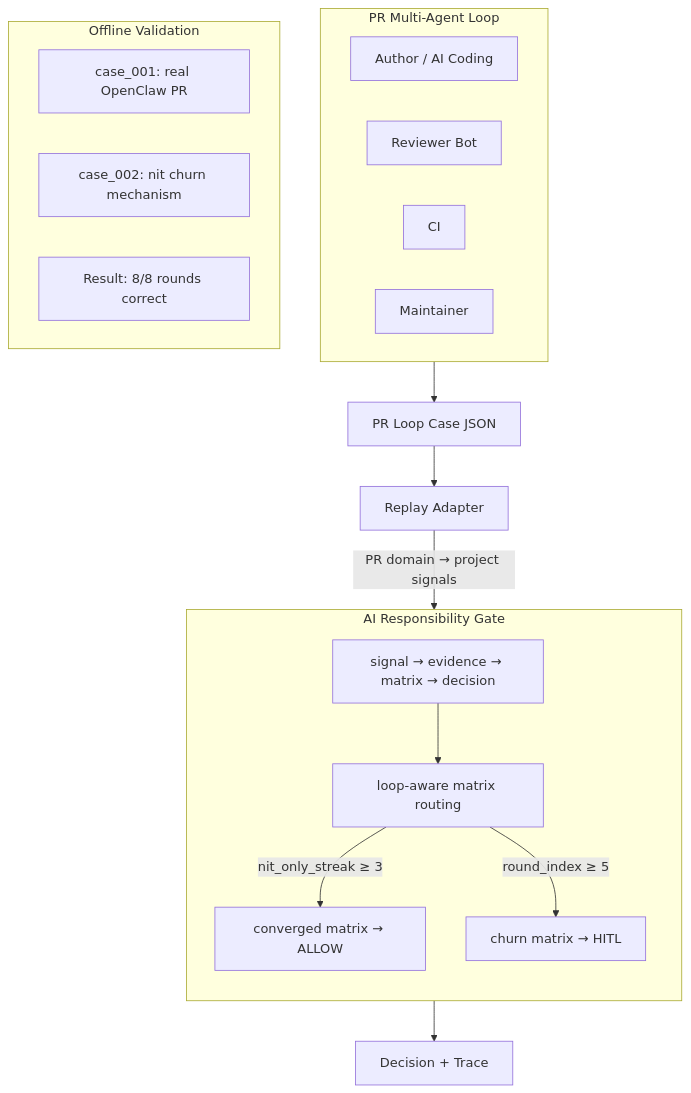
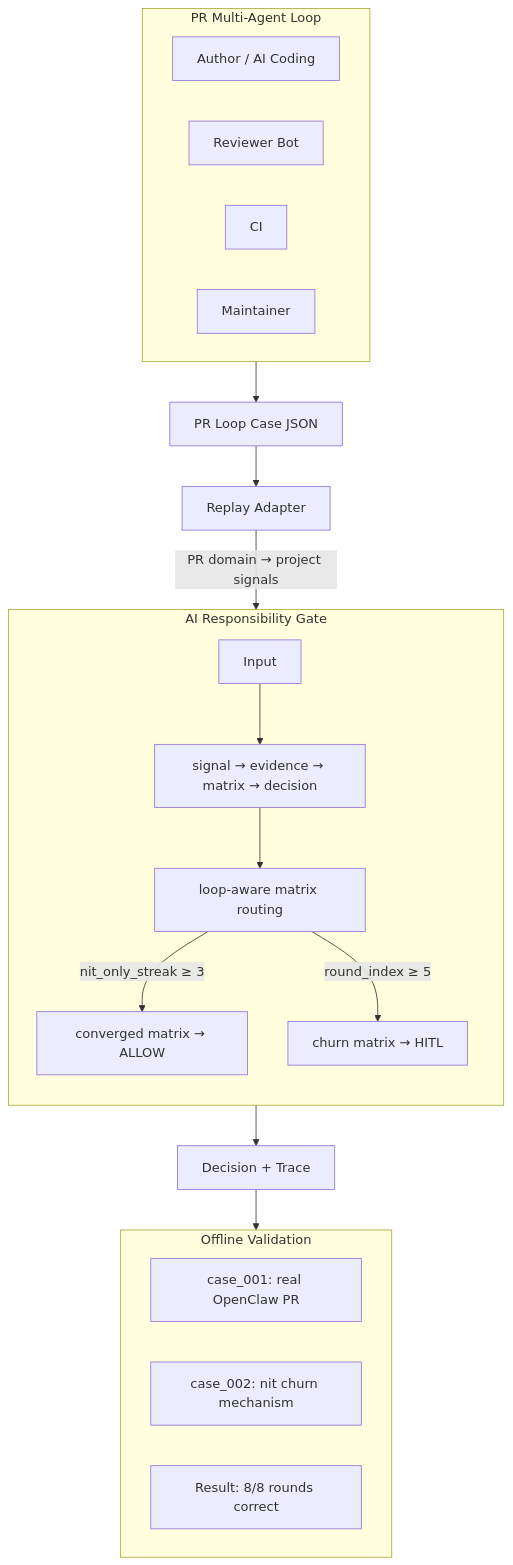
Before and after one commit to zhangzhefang-github/ai-responsibility-gate: the first of 2 diagrams in docs/PR_LOOP_REPLAY_BRIEFING.md, drawn with Mermaid. The commit also changed other lines of this file, not shown here.

First line of the commit message:
docs: refine briefing diagram structure and add clarifications

````diff
--- a/docs/PR_LOOP_REPLAY_BRIEFING.md
+++ b/docs/PR_LOOP_REPLAY_BRIEFING.md
@@ -11,30 +11,32 @@
 ```mermaid
 flowchart TB
     subgraph Sources [PR Multi-Agent Loop]
         Author[Author / AI Coding]
         Reviewer[Reviewer Bot]
         CI[CI]
         Maintainer[Maintainer]
     end
 
     Sources --> CaseJSON[PR Loop Case JSON]
     CaseJSON --> Adapter[Replay Adapter]
-    Adapter -->|"PR domain → project signals"| Pipeline
+    Adapter -->|"PR domain → project signals"| GateInput
 
     subgraph Gate [AI Responsibility Gate]
         direction TB
+        GateInput[Input]
         Pipeline["signal → evidence → matrix → decision"]
         Routing["loop-aware matrix routing"]
-        Pipeline --> Routing
+        GateInput --> Pipeline --> Routing
         Routing -->|"nit_only_streak ≥ 3"| Conv["converged matrix → ALLOW"]
         Routing -->|"round_index ≥ 5"| Churn["churn matrix → HITL"]
     end
 
     Pipeline --> Decision[Decision + Trace]
+    Decision --> Validation
 
     subgraph Validation [Offline Validation]
         V1["case_001: real OpenClaw PR"]
         V2["case_002: nit churn mechanism"]
         V3["Result: 8/8 rounds correct"]
     end
 ```
````
